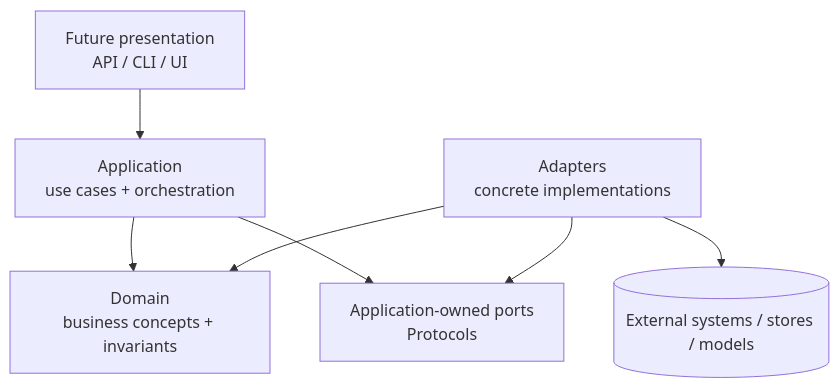
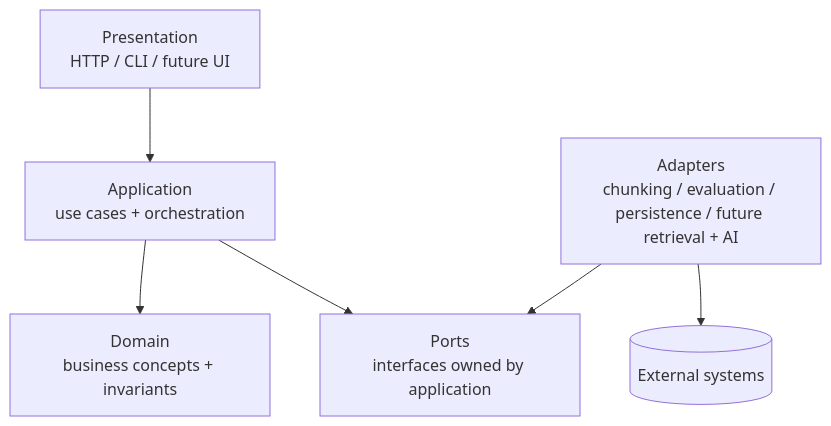
Before and after one commit to kumarchandansingh/tropos: the first of 5 diagrams in docs/architecture/ARCHITECTURE_OVERVIEW.md, drawn with Mermaid. The commit also changed other lines of this file and 11 other files, not shown here.

````diff
--- a/docs/architecture/ARCHITECTURE_OVERVIEW.md
+++ b/docs/architecture/ARCHITECTURE_OVERVIEW.md
@@ -11,16 +15,15 @@
 ```mermaid
 flowchart TB
-    Presentation[Future presentation<br/>API / CLI / UI]
-    Application[Application<br/>use cases + orchestration]
-    Domain[Domain<br/>business concepts + invariants]
-    Ports[Application-owned ports<br/>Protocols]
-    Adapters[Adapters<br/>concrete implementations]
-    External[(External systems / stores / models)]
+    P[Presentation<br/>HTTP / CLI / future UI]
+    A[Application<br/>use cases + orchestration]
+    D[Domain<br/>business concepts + invariants]
+    Ports[Ports<br/>interfaces owned by application]
+    Adapters[Adapters<br/>chunking / evaluation / persistence / future retrieval + AI]
+    External[(External systems)]
 
-    Presentation --> Application
-    Application --> Domain
-    Application --> Ports
-    Adapters --> Domain
+    P --> A
+    A --> D
+    A --> Ports
     Adapters --> Ports
     Adapters --> External
 ```
````
